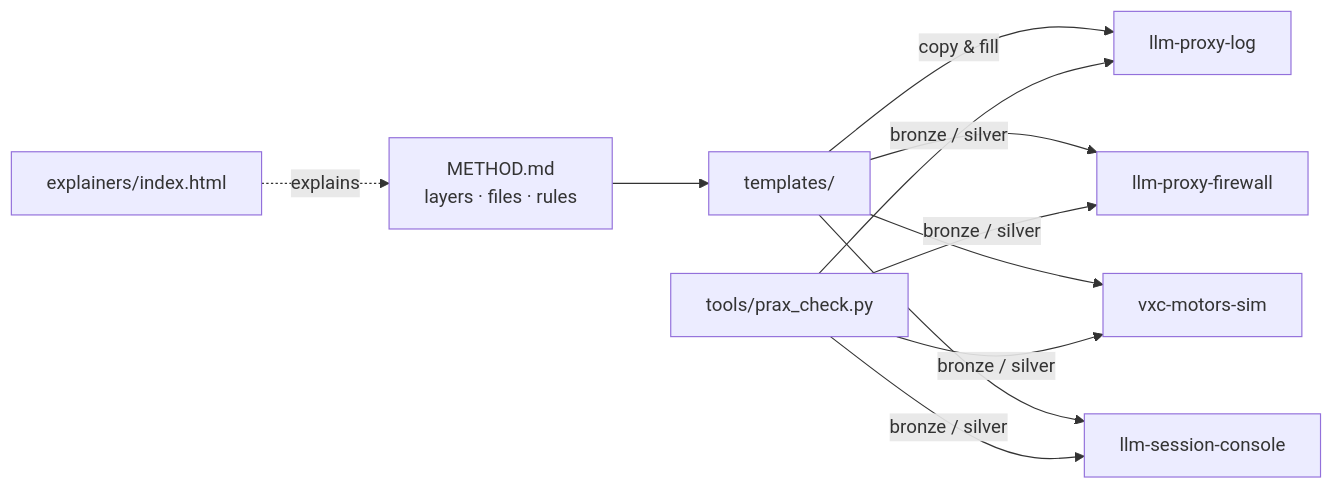
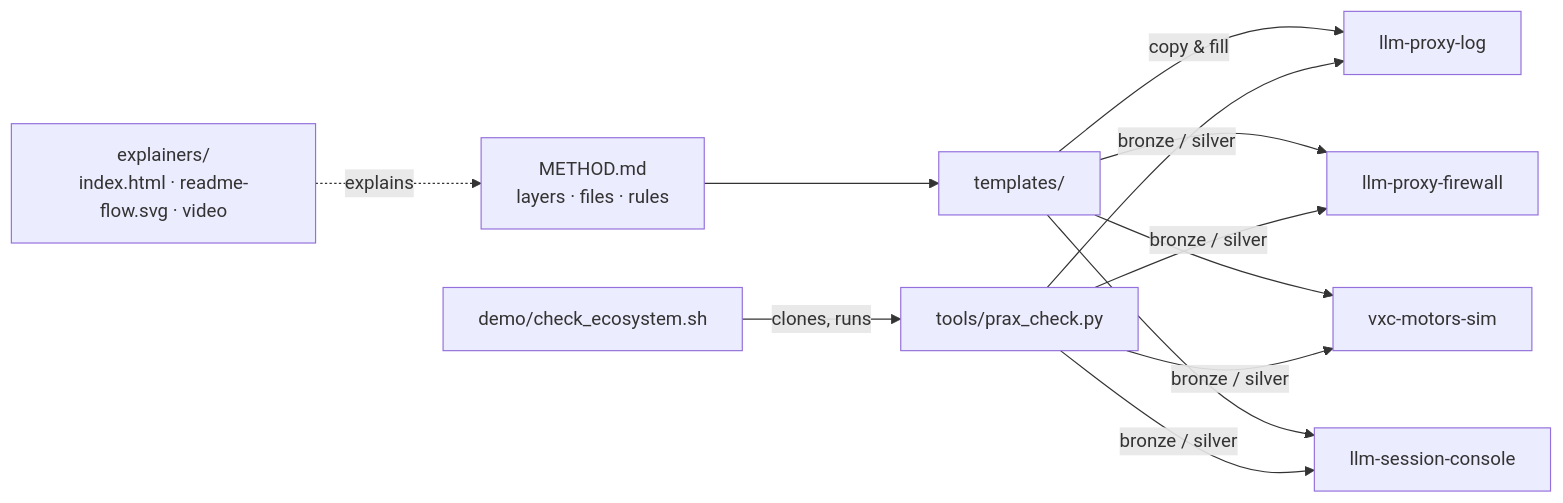
Before and after one commit to claudiucalomfirescu/prax-systems: the diagram in blueprint/ARCHITECTURE.md, drawn with Mermaid. The commit also changed other lines of this file and 24 other files, not shown here.

````diff
--- a/blueprint/ARCHITECTURE.md
+++ b/blueprint/ARCHITECTURE.md
@@ -3,10 +3,11 @@
 ```mermaid
 flowchart LR
   M[METHOD.md<br/>layers · files · rules] --> T[templates/]
   T -->|copy & fill| R1[llm-proxy-log]
   T --> R2[llm-proxy-firewall]
   T --> R3[vxc-motors-sim]
   T --> R4[llm-session-console]
   C[tools/prax_check.py] -->|bronze / silver| R1 & R2 & R3 & R4
-  E[explainers/index.html] -.explains.-> M
+  E[explainers/<br/>index.html · readme-flow.svg · video] -.explains.-> M
+  D[demo/check_ecosystem.sh] -->|clones, runs| C
 ```
````
